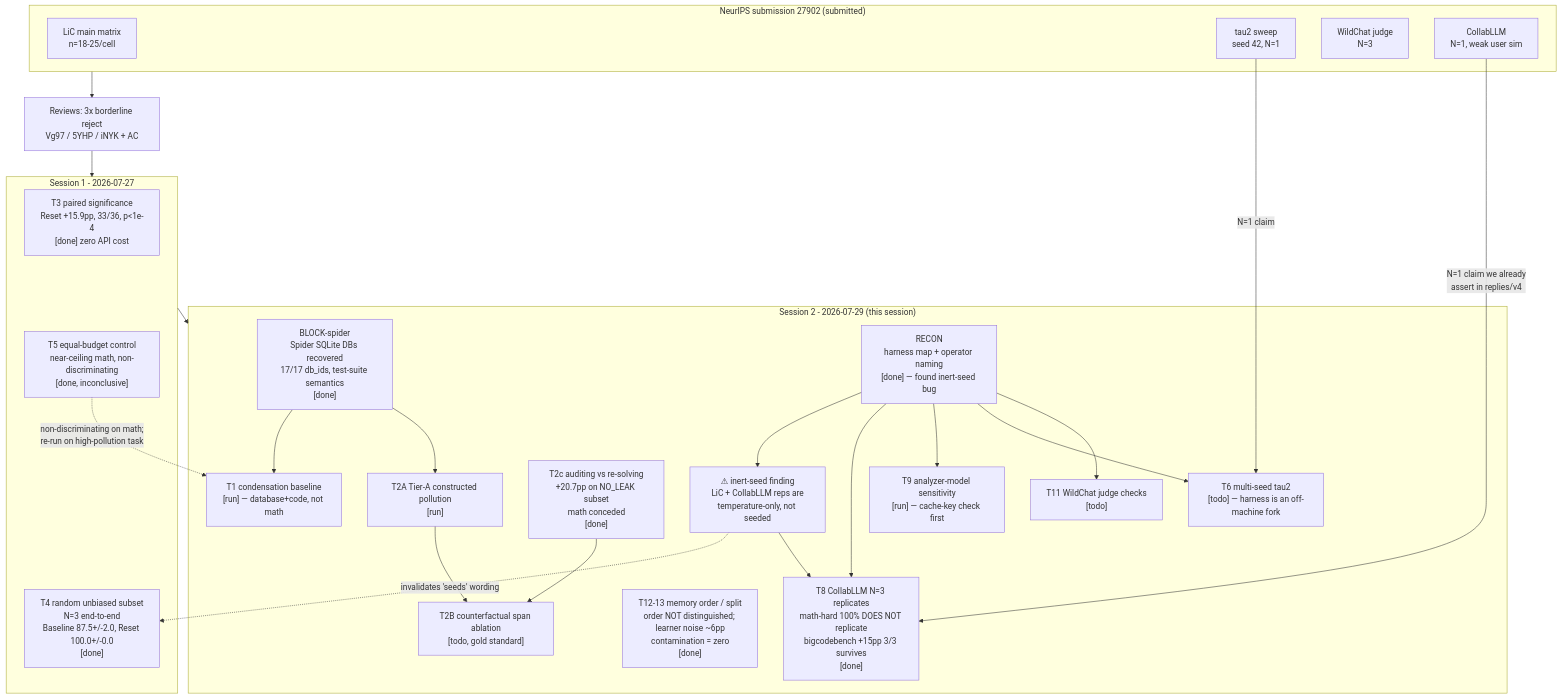
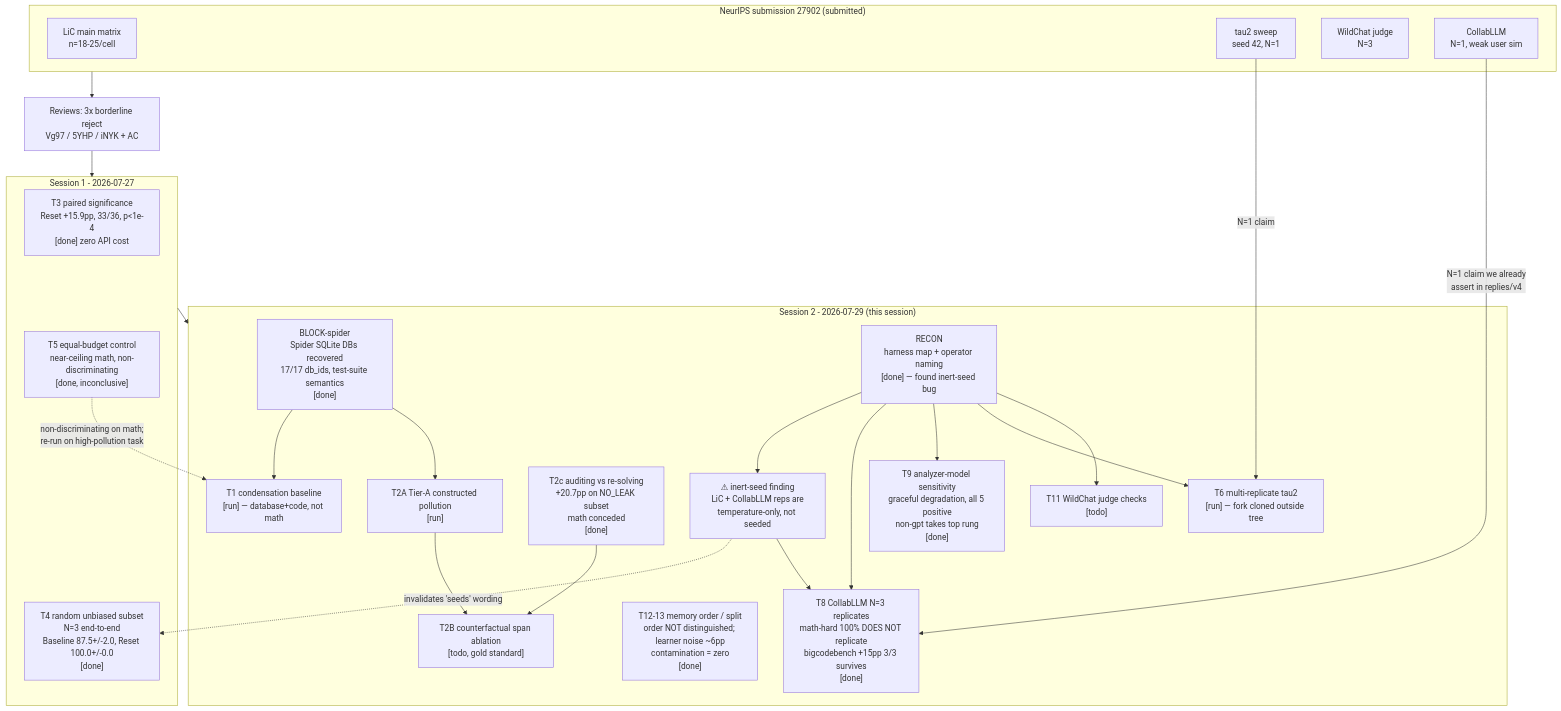
The diagram in neurips_review/autoresearch/PROVENANCE.md (matt-seb-ho/ctx_editor), drawn with Mermaid before and after one commit. The commit also changed other lines of this file and 10 other files, not shown here.

Commit message:
feat(rebuttal): T9 results — graceful analyzer degradation, non-gpt tops; dispatch T6

````diff
--- a/neurips_review/autoresearch/PROVENANCE.md
+++ b/neurips_review/autoresearch/PROVENANCE.md
@@ -11,51 +11,51 @@
 ```mermaid
 graph TD
   subgraph PAPER["NeurIPS submission 27902 (submitted)"]
     P0["LiC main matrix<br/>n=18-25/cell"]
     P1["tau2 sweep<br/>seed 42, N=1"]
     P2["WildChat judge<br/>N=3"]
     P3["CollabLLM<br/>N=1, weak user sim"]
   end
 
   R["Reviews: 3x borderline reject<br/>Vg97 / 5YHP / iNYK + AC"]
   PAPER --> R
 
   subgraph S1["Session 1 - 2026-07-27"]
     T3["T3 paired significance<br/>Reset +15.9pp, 33/36, p&lt;1e-4<br/>[done] zero API cost"]
     T4["T4 random unbiased subset<br/>N=3 end-to-end<br/>Baseline 87.5+/-2.0, Reset 100.0+/-0.0<br/>[done]"]
     T5["T5 equal-budget control<br/>near-ceiling math, non-discriminating<br/>[done, inconclusive]"]
   end
   R --> S1
 
   subgraph S2["Session 2 - 2026-07-29 (this session)"]
     BLK["BLOCK-spider<br/>Spider SQLite DBs recovered<br/>17/17 db_ids, test-suite semantics<br/>[done]"]
     RC["RECON<br/>harness map + operator naming<br/>[done] — found inert-seed bug"]
     T8["T8 CollabLLM N=3 replicates<br/>math-hard 100% DOES NOT replicate<br/>bigcodebench +15pp 3/3 survives<br/>[done]"]
-    T9["T9 analyzer-model sensitivity<br/>[run] — cache-key check first"]
+    T9["T9 analyzer-model sensitivity<br/>graceful degradation, all 5 positive<br/>non-gpt takes top rung<br/>[done]"]
     T2A["T2A Tier-A constructed pollution<br/>[run]"]
     T2C["T2c auditing vs re-solving<br/>+20.7pp on NO_LEAK subset<br/>math conceded<br/>[done]"]
     T1["T1 condensation baseline<br/>[run] — database+code, not math"]
     T11["T11 WildChat judge checks<br/>[todo]"]
     T12["T12-13 memory order / split<br/>order NOT distinguished; learner noise ~6pp<br/>contamination = zero<br/>[done]"]
-    T6["T6 multi-seed tau2<br/>[todo] — harness is an off-machine fork"]
+    T6["T6 multi-replicate tau2<br/>[run] — fork cloned outside tree"]
     T2B["T2B counterfactual span ablation<br/>[todo, gold standard]"]
     SEED["⚠ inert-seed finding<br/>LiC + CollabLLM reps are<br/>temperature-only, not seeded"]
   end
   S1 --> S2
 
   RC --> SEED
   SEED -.->|"invalidates 'seeds' wording"| T4
   SEED --> T8
   RC --> T8
   RC --> T9
   RC --> T6
   RC --> T11
   BLK --> T1
   BLK --> T2A
   T5 -.->|"non-discriminating on math;<br/>re-run on high-pollution task"| T1
   T2A --> T2B
   T2C --> T2B
 
   P3 -->|"N=1 claim we already<br/>assert in replies/v4"| T8
   P1 -->|"N=1 claim"| T6
 ```
````
